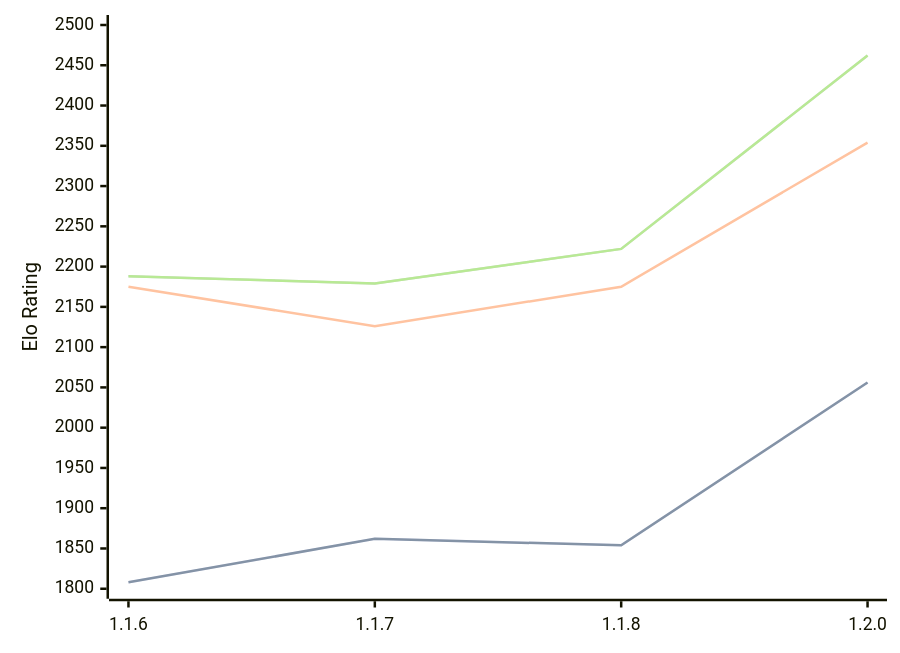
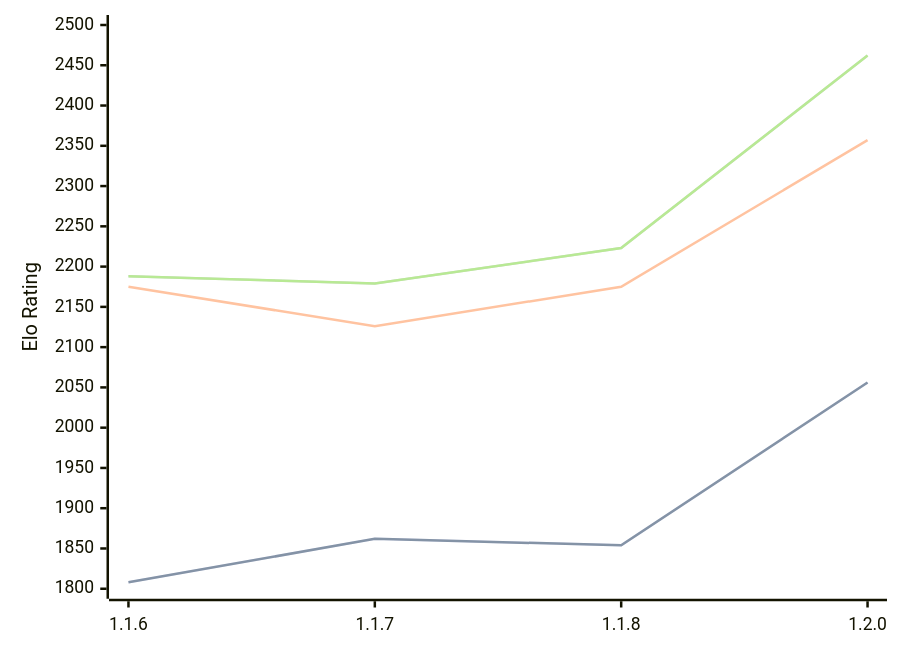
Before and after one commit to computer-chess-index/cci: the diagram in engines/Soomi.md, drawn with Mermaid. The commit also changed other lines of this file, not shown here.

Commit message:
Update CCI Ratings (ELO VLTC) - 2026-04-09

````diff
--- a/engines/Soomi.md
+++ b/engines/Soomi.md
@@ -34,11 +34,11 @@
 ```mermaid
 %%{init: {"theme":"base","themeVariables":{"seriesColors:['#a3a3a3','#222221','#faa371']}}}%%
 xychart-beta
   x-axis ["1.1.6", "1.1.7", "1.1.8", "1.2.0"]
   y-axis "Elo Rating" 1800 --> 2500
   line "STC (8.0+0.08s)" [1808, 1862, 1854, 2056]
   line "STC (8.0+0.08s)" [1808, 1862, 1854, 2056]
-  line "LTC (60.0+0.60s)" [2175, 2126, 2175, 2354]
-  line "VLTC (2m24s+1.12s)" [2188, 2179, 2222, 2462]
-  line "VLTC (2m24s+1.12s)" [2188, 2179, 2222, 2462]
+  line "LTC (60.0+0.60s)" [2175, 2126, 2175, 2357]
+  line "VLTC (2m24s+1.12s)" [2188, 2179, 2223, 2462]
+  line "VLTC (2m24s+1.12s)" [2188, 2179, 2223, 2462]
 ```
````
